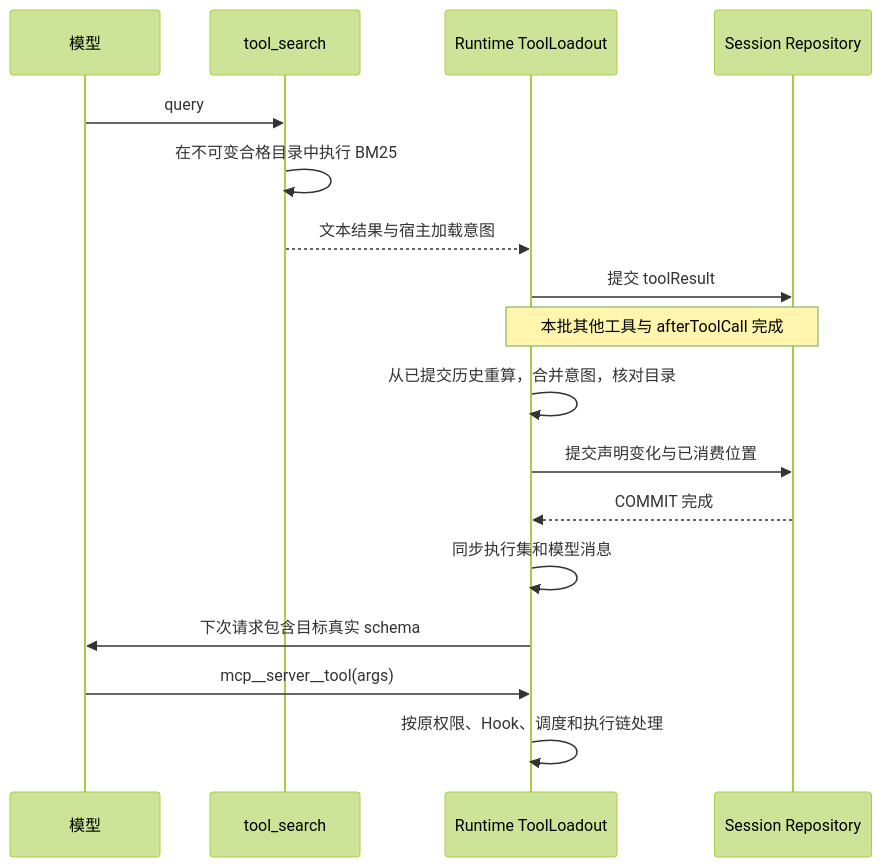
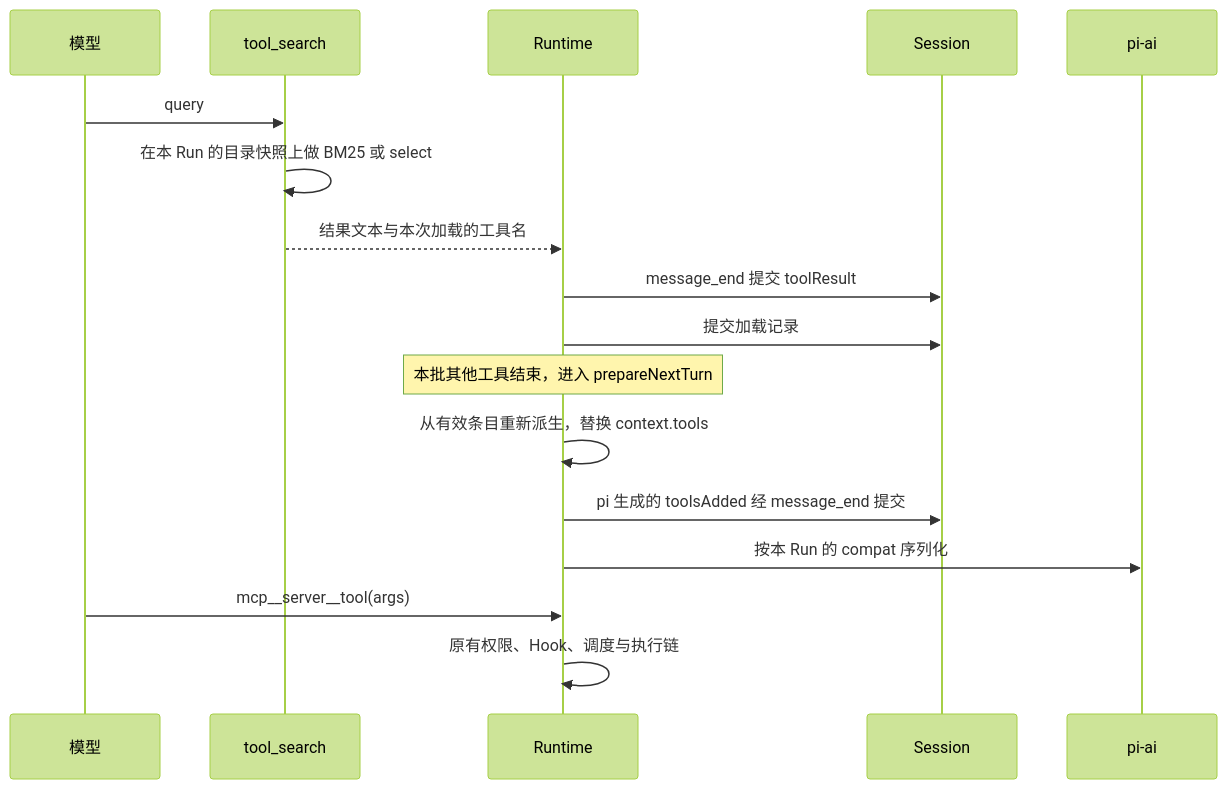
One commit to artoriaschan/coko changed the diagram in .scratch/tool-search/design.md. Above: the diagram before and after it, drawn with Mermaid (forest theme). The commit also changed other lines of this file and 19 other files, not shown here.

First line of the commit message:
docs(tool-search): specify on-demand MCP tools and split tickets

````diff
--- a/.scratch/tool-search/design.md
+++ b/.scratch/tool-search/design.md
@@ -172,19 +79,19 @@
 ```mermaid
 sequenceDiagram
   participant M as 模型
   participant T as tool_search
-  participant R as Runtime ToolLoadout
-  participant S as Session Repository
+  participant R as Runtime
+  participant S as Session
+  participant P as pi-ai
   M->>T: query
-  T->>T: 在不可变合格目录中执行 BM25
-  T-->>R: 文本结果与宿主加载意图
-  R->>S: 提交 toolResult
-  Note over R,S: 本批其他工具与 afterToolCall 完成
-  R->>R: 从已提交历史重算，合并意图，核对目录
-  R->>S: 提交声明变化与已消费位置
-  S-->>R: COMMIT 完成
-  R->>R: 同步执行集和模型消息
-  R->>M: 下次请求包含目标真实 schema
+  T->>T: 在本 Run 的目录快照上做 BM25 或 select
+  T-->>R: 结果文本与本次加载的工具名
+  R->>S: message_end 提交 toolResult
+  R->>S: 提交加载记录
+  Note over R: 本批其他工具结束，进入 prepareNextTurn
+  R->>R: 从有效条目重新派生，替换 context.tools
+  R->>S: pi 生成的 toolsAdded 经 message_end 提交
+  R->>P: 按本 Run 的 compat 序列化
   M->>R: mcp__server__tool(args)
-  R->>R: 按原权限、Hook、调度和执行链处理
+  R->>R: 原有权限、Hook、调度与执行链
 ```
````
